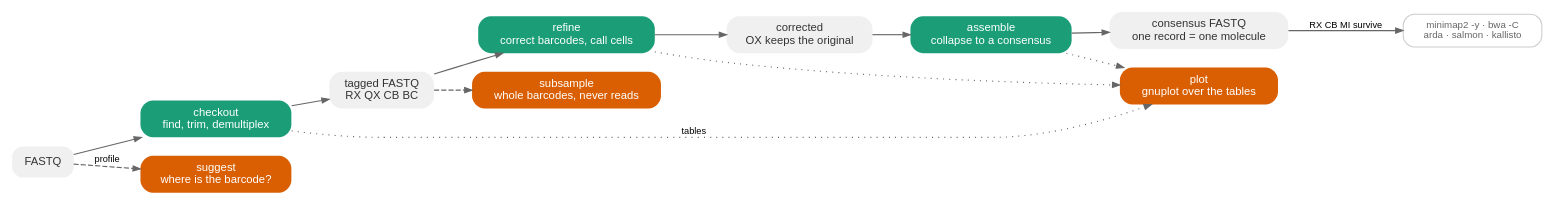
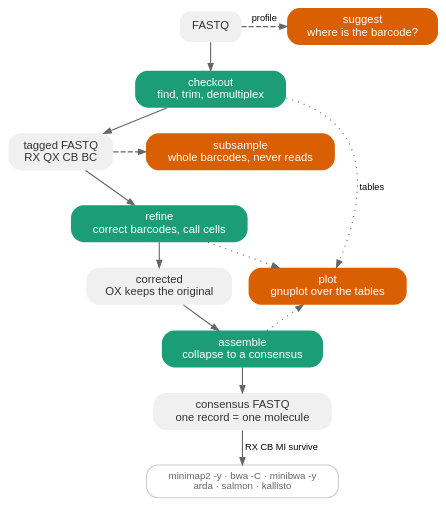
Before and after one commit to antigenomics/migec: the diagram in assets/pipeline.dot, drawn with Graphviz. The commit also changed 43 other files, not shown here.

```diff
--- a/assets/pipeline.dot
+++ b/assets/pipeline.dot
@@ -1,59 +1,71 @@
 // The migec pipeline, as a figure. Regenerate with:
 //
 //     dot -Tsvg assets/pipeline.dot -o assets/pipeline.svg
 //
 // Topology first, in graphviz, because that is what has to be right; a TikZ version belongs in a
 // manuscript, not in a README, and GitHub renders SVG.
 //
 // Colours are ColorBrewer Dark2, the same qualitative set `migec plot` uses: stages in green,
 // the data path in grey, tables in purple, the tools that read no reads in orange.
 
 digraph migec {
-    rankdir = LR;
-    bgcolor = "white";
+    // Top to bottom, not left to right. LR made a strip 5x wider than tall: it filled the README
+    // column with 40 px of glyphs and a lot of air, and the stage labels had to be one line each
+    // to fit. TB gives the figure a page-shaped aspect, so a stage can say what it does.
+    rankdir = TB;
+    // Transparent, so GitHub's dark mode shows the page rather than a white slab, and every ink
+    // colour below reads on both.
+    bgcolor = "transparent";
+    ranksep = 0.32;
+    nodesep = 0.22;
     node [fontname = "Helvetica", fontsize = 11, shape = box, style = "rounded,filled",
           penwidth = 0, height = 0.42, margin = "0.16,0.08"];
     edge [fontname = "Helvetica", fontsize = 9, color = "#666666", arrowsize = 0.7,
           penwidth = 1.1];
 
     // The data path.
     node [fillcolor = "#f0f0f0", fontcolor = "#333333"];
     fastq   [label = "FASTQ"];
     tagged  [label = "tagged FASTQ\nRX QX CB BC"];
     fixed   [label = "corrected\nOX keeps the original"];
     cons    [label = "consensus FASTQ\none record = one molecule"];
 
     // The stages.
     node [fillcolor = "#1b9e77", fontcolor = "white", style = "rounded,filled,bold"];
     checkout [label = "checkout\nfind, trim, demultiplex"];
     refine   [label = "refine\ncorrect barcodes, call cells"];
     assemble [label = "assemble\ncollapse to a consensus"];
 
     // Reads no reads, writes no pipeline output.
     node [fillcolor = "#d95f02", fontcolor = "white"];
     suggest   [label = "suggest\nwhere is the barcode?"];
     plot      [label = "plot\ngnuplot over the tables"];
     subsample [label = "subsample\nwhole barcodes, never reads"];
 
     fastq -> checkout -> tagged -> refine -> fixed -> assemble -> cons;
 
     fastq  -> suggest   [style = dashed, label = "profile"];
     tagged -> subsample [style = dashed];
 
+    // Beside the stage they attach to, so the trunk stays a straight vertical line.
+    { rank = same; fastq;  suggest; }
+    { rank = same; tagged; subsample; }
+    { rank = same; fixed;  plot; }
+
     // Every stage writes plain TSV beside its output; `plot` draws those and nothing else. The
     // tables themselves are listed in docs/plots.rst rather than here -- naming all thirteen in
     // the figure trebles its width and the figure is meant to be read, not audited.
     checkout -> plot [style = dotted, label = "tables"];
     refine   -> plot [style = dotted];
     assemble -> plot [style = dotted];
 
     // Downstream: the contract that was measured, not assumed (docs/downstream.rst).
     node [fillcolor = "#ffffff", fontcolor = "#666666", shape = box, style = "rounded,filled",
           penwidth = 1, color = "#cccccc", fontsize = 9.5];
-    down [label = "minimap2 -y · bwa -C\narda · salmon · kallisto"];
+    down [label = "minimap2 -y · bwa -C · minibwa -y\narda · salmon · kallisto"];
     cons -> down [label = "RX CB MI survive"];
 
-    // No rank constraints. Pinning the stages to one rank pulls the QC notes out of line with the
-    // stage that wrote them and the data path ends up reading diagonally, which is worse than
-    // whatever dot does on its own.
+    // The three `rank = same` groups above are the only constraints: they pin each side node level
+    // with the data it reads, which is what keeps the trunk vertical. Pinning the STAGES to a rank
+    // instead pulls the QC notes out of line with the stage that wrote them.
 }
```
